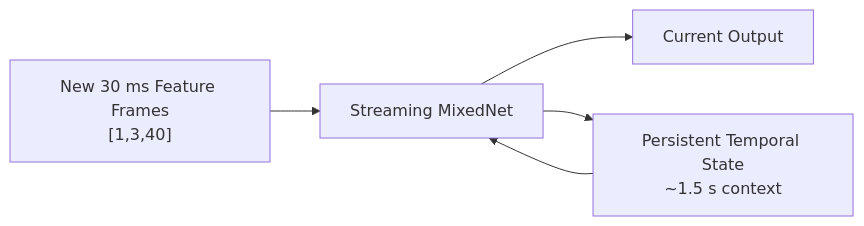
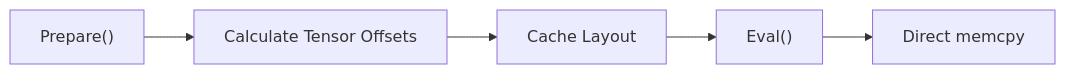
One commit to Raj24-dev/Kws changed the third of 8 diagrams in README.md. Above: the diagram before and after it, drawn with Mermaid. The commit also changed other lines of this file, not shown here.

````diff
--- a/README.md
+++ b/README.md
@@ -460,13 +204,11 @@
 ```mermaid
 flowchart LR
 
-    A["New 30 ms Feature Frames<br/>[1,3,40]"]
-    B["Streaming MixedNet"]
-    C["Current Output"]
-    D["Persistent Temporal State<br/>~1.5 s context"]
+    A["Prepare()"]
+    B["Calculate Tensor Offsets"]
+    C["Cache Layout"]
+    D["Eval()"]
+    E["Direct memcpy"]
 
-    A --> B
-    D --> B
-    B --> C
-    B --> D
+    A --> B --> C --> D --> E
 ```
````
